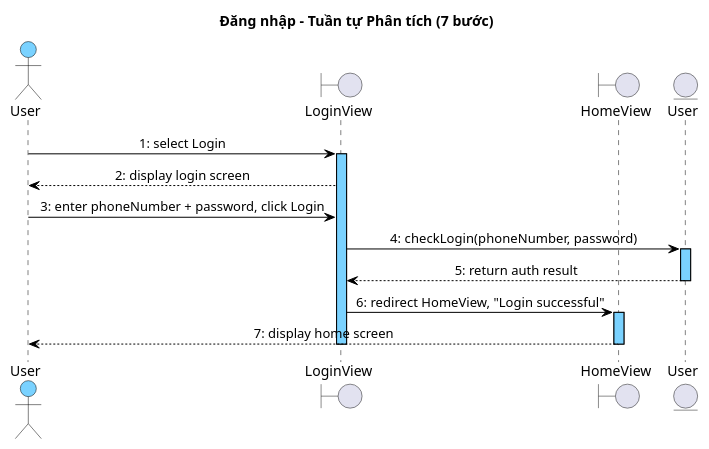
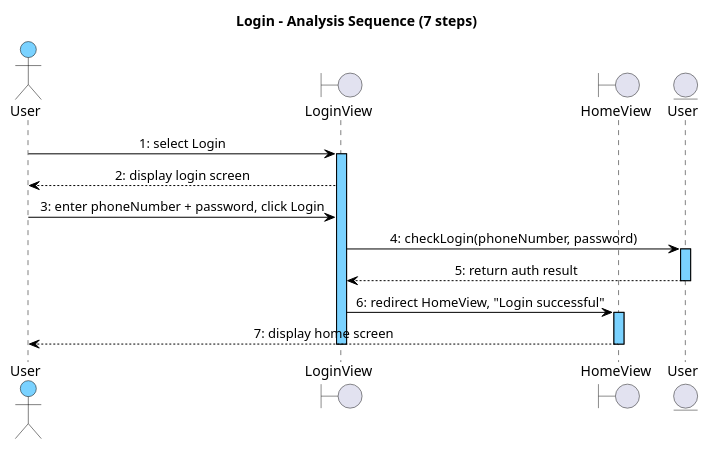
Before and after one commit to thanhtrnnn/cnpm: the third of 7 diagrams in docs/tabs/account/ii-analysis.md, drawn with PlantUML. The commit also changed other lines of this file and 13 other files, not shown here.

First line of the commit message:
fix: English-only sequence diagrams + independent abstractNum per numbered list

````diff
--- a/docs/tabs/account/ii-analysis.md
+++ b/docs/tabs/account/ii-analysis.md
@@ -412,44 +412,44 @@
 ```plantuml
 @startuml
 skinparam shadowing false
 skinparam SequenceMessageAlign left
 skinparam sequenceMessageAlign center
 skinparam sequenceArrowThickness 1
 skinparam sequenceLifeLineBorderColor #000000
 skinparam sequenceLifeLineBackgroundColor #7AD2FF
 skinparam sequenceParticipantBackgroundColor #7AD2FF
 skinparam sequenceParticipantBorderColor #000000
 skinparam sequenceParticipantFontColor #000000
 skinparam sequenceArrowColor #000000
 skinparam sequenceArrowFontColor #000000
 skinparam sequenceGroupBorderColor #000000
 skinparam sequenceGroupBackgroundColor #DDEEFF
 skinparam sequenceDividerBorderColor #000000
 skinparam sequenceDividerBackgroundColor #DDEEFF
 skinparam sequenceMessageFontColor #000000
 skinparam sequenceMessageFontSize 10
 skinparam sequenceActorBorderColor #000000
 skinparam sequenceActorBackgroundColor #7AD2FF
 skinparam sequenceActorFontColor #000000
-title Đăng nhập – Tuần tự Phân tích (7 bước)
+title Login – Analysis Sequence (7 steps)
 
 actor "User" as Actor
 boundary LoginView as B1
 boundary HomeView as B2
 entity User as E1
 
 Actor -> B1 : 1: select Login
 activate B1
 B1 --> Actor : 2: display login screen
 Actor -> B1 : 3: enter phoneNumber + password, click Login
 B1 -> E1 : 4: checkLogin(phoneNumber, password)
 activate E1
 E1 --> B1 : 5: return auth result
 deactivate E1
 B1 -> B2 : 6: redirect HomeView, "Login successful"
 activate B2
 B2 --> Actor : 7: display home screen
 deactivate B2
 deactivate B1
 @enduml
 ```
````
